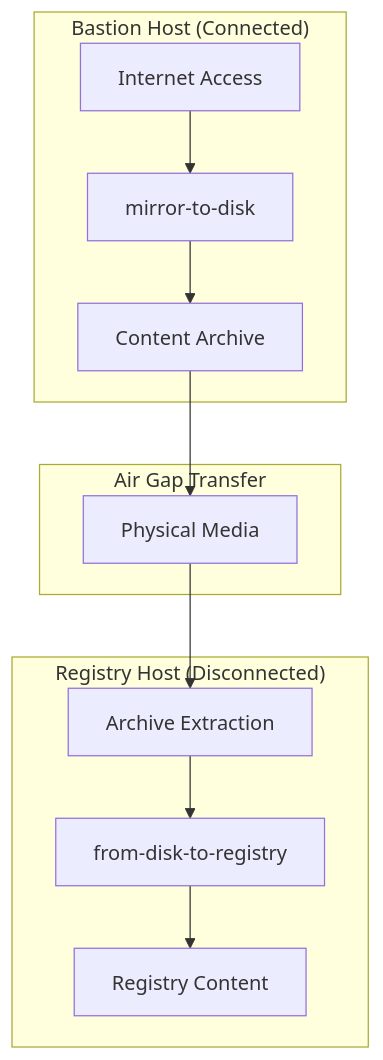
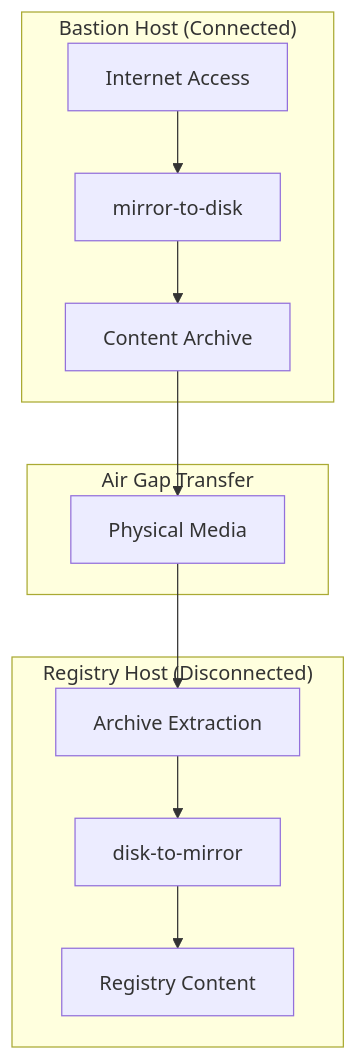
The second of 2 diagrams in docs/architecture-patterns.md (RedHatGov/oc-mirror-hackathon), drawn with Mermaid before and after one commit. The commit also changed other lines of this file and 11 other files, not shown here.

````diff
--- a/docs/architecture-patterns.md
+++ b/docs/architecture-patterns.md
@@ -54,25 +54,25 @@
 ```mermaid
 graph TB
     subgraph "Bastion Host (Connected)"
         A[Internet Access]
         B[mirror-to-disk]
         C[Content Archive]
     end
     
     subgraph "Air Gap Transfer"
         D[Physical Media]
     end
     
     subgraph "Registry Host (Disconnected)"
         E[Archive Extraction]
-        F[from-disk-to-registry]
+        F[disk-to-mirror]
         G[Registry Content]
     end
     
     A --> B
     B --> C
     C --> D
     D --> E
     E --> F
     F --> G
 ```
````
